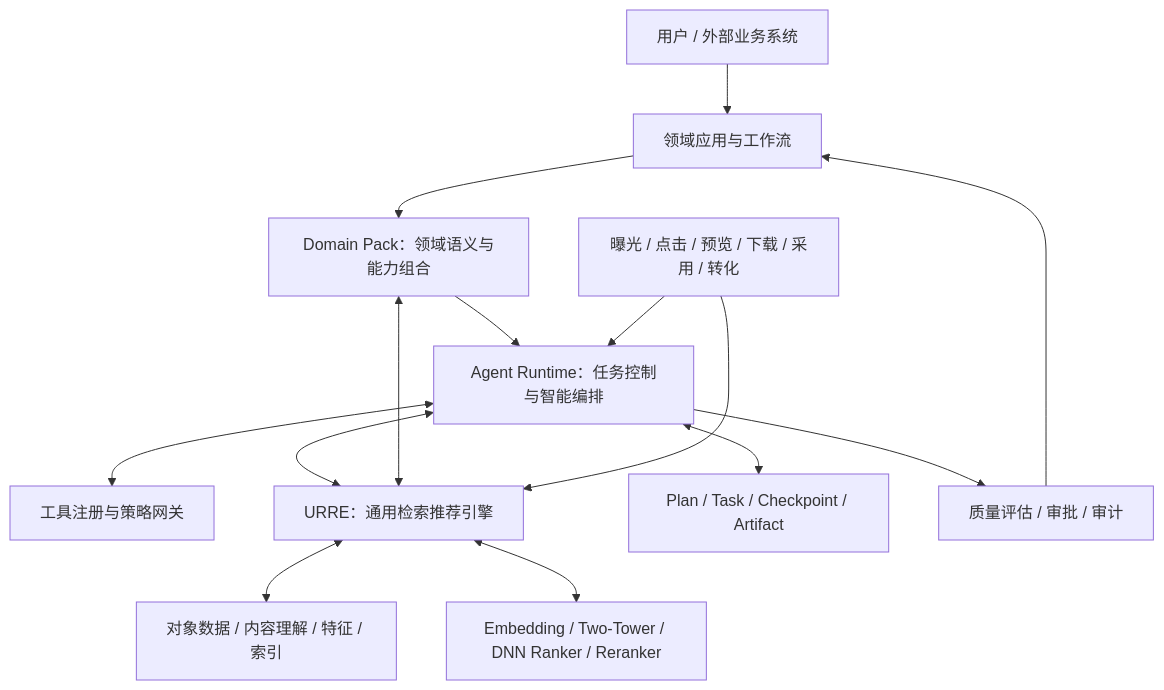
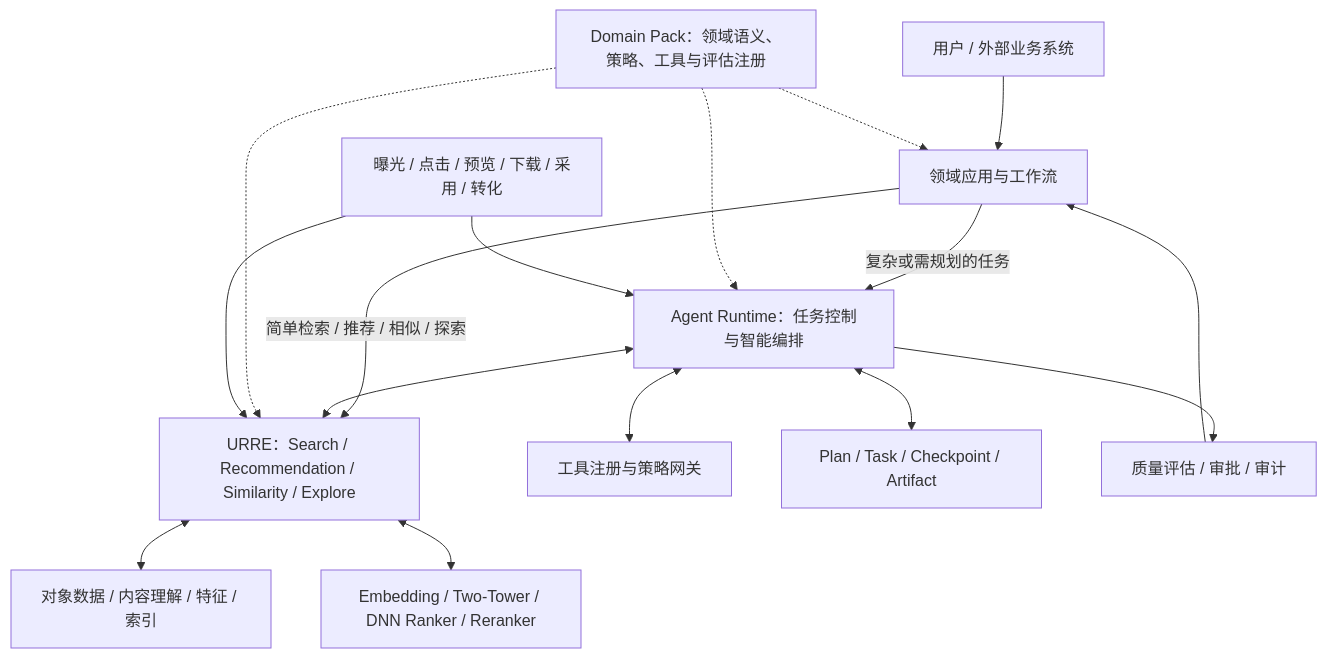
Before and after one commit to human-cosmos/search-rec-docs: the first of 4 diagrams in 00_架构设计总纲.md, drawn with Mermaid. The commit also changed other lines of this file and 9 other files, not shown here.

````diff
--- a/00_架构设计总纲.md
+++ b/00_架构设计总纲.md
@@ -20,16 +24,18 @@
 ```mermaid
 flowchart TB
   U[用户 / 外部业务系统] --> APP[领域应用与工作流]
-  APP --> DP[Domain Pack：领域语义与能力组合]
-  DP --> AR[Agent Runtime：任务控制与智能编排]
+  APP -->|简单检索 / 推荐 / 相似 / 探索| URRE[URRE：Search / Recommendation / Similarity / Explore]
+  APP -->|复杂或需规划的任务| AR[Agent Runtime：任务控制与智能编排]
+  AR <--> URRE
+  DP[Domain Pack：领域语义、策略、工具与评估注册] -.-> APP
+  DP -.-> AR
+  DP -.-> URRE
   AR <--> TOOLS[工具注册与策略网关]
-  AR <--> URRE[URRE：通用检索推荐引擎]
-  DP <--> URRE
+  AR <--> STATE[Plan / Task / Checkpoint / Artifact]
   URRE <--> DATA[对象数据 / 内容理解 / 特征 / 索引]
   URRE <--> MODEL[Embedding / Two-Tower / DNN Ranker / Reranker]
-  AR <--> STATE[Plan / Task / Checkpoint / Artifact]
   AR --> QA[质量评估 / 审批 / 审计]
   QA --> APP
   FEEDBACK[曝光 / 点击 / 预览 / 下载 / 采用 / 转化] --> URRE
   FEEDBACK --> AR
 ```
````
